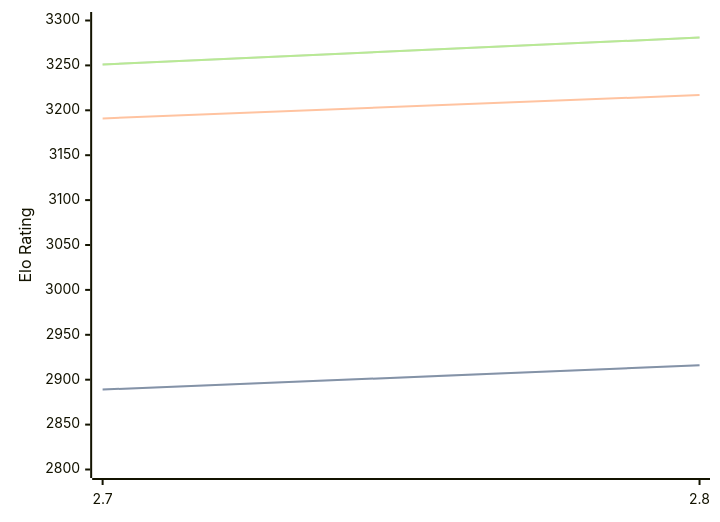
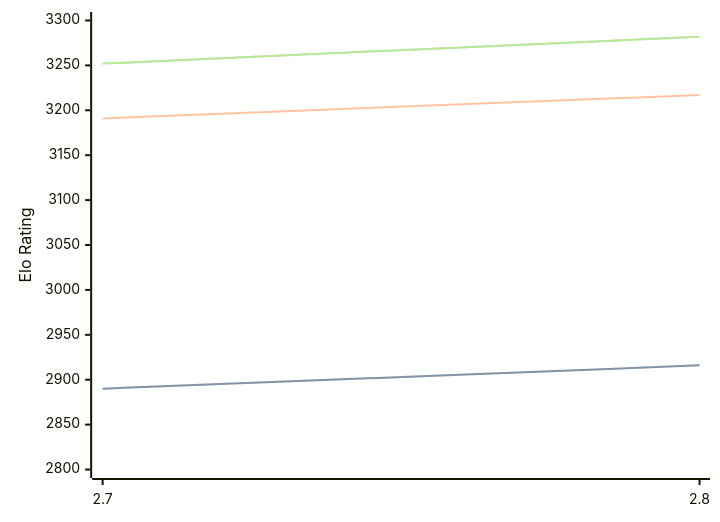
One commit to computer-chess-index/cci changed the third of 3 diagrams in engines/Arcanum.md. Above: the diagram before and after it, drawn with Mermaid. The commit also changed other lines of this file, not shown here.

Commit message:
Update CCI Ratings (ELO VLTC) - 2026-07-13

````diff
--- a/engines/Arcanum.md
+++ b/engines/Arcanum.md
@@ -77,11 +77,11 @@
 ```mermaid
 %%{init: {"theme":"base","themeVariables":{"seriesColors:['#a3a3a3','#222221','#faa371']}}}%%
 xychart-beta
   x-axis ["2.7", "2.8"]
   y-axis "Elo Rating" 2800 --> 3300
-  line "STC (8.0+0.08s)" [2889, 2916]
-  line "STC (8.0+0.08s)" [2889, 2916]
+  line "STC (8.0+0.08s)" [2890, 2916]
+  line "STC (8.0+0.08s)" [2890, 2916]
   line "LTC (60.0+0.60s)" [3191, 3217]
-  line "VLTC (2m24s+1.12s)" [3251, 3281]
-  line "VLTC (2m24s+1.12s)" [3251, 3281]
+  line "VLTC (2m24s+1.12s)" [3252, 3282]
+  line "VLTC (2m24s+1.12s)" [3252, 3282]
 ```
````
